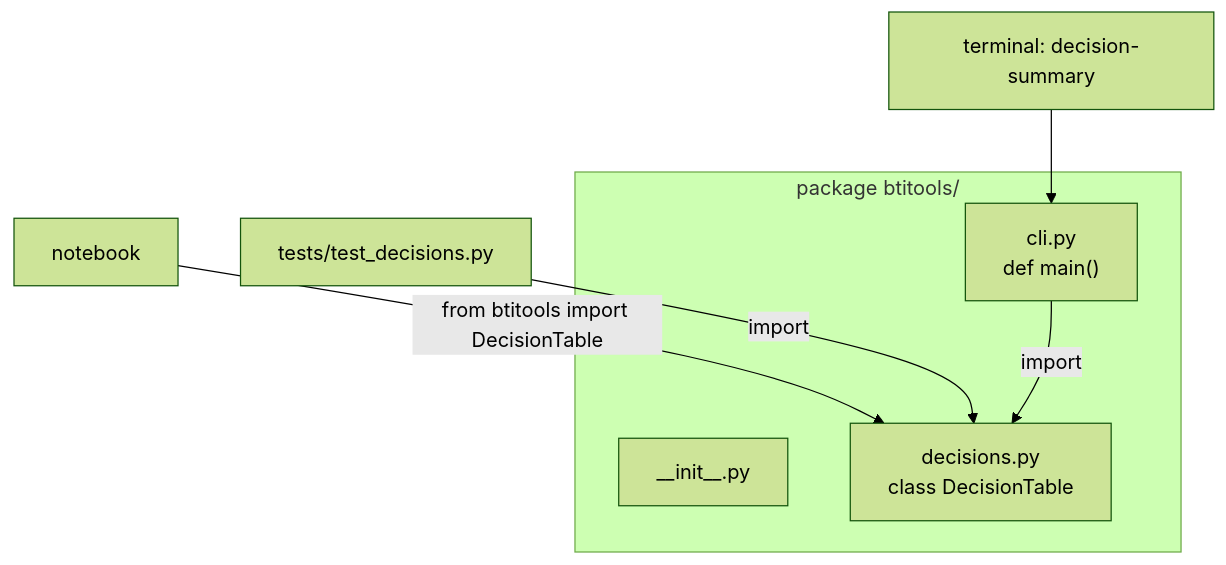
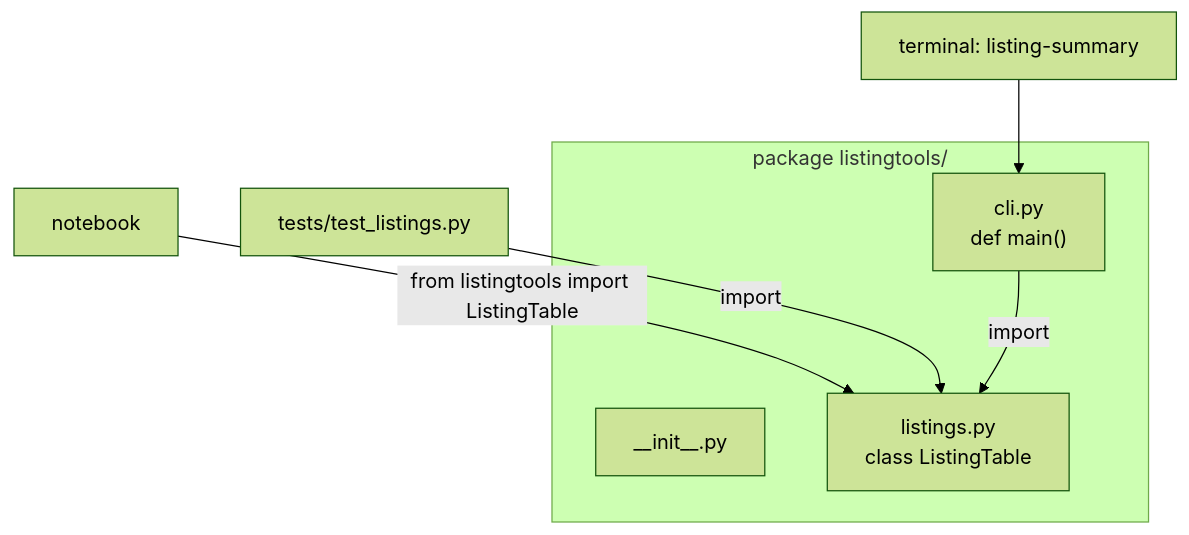
Before and after one commit to khoadaniel/statistical-programming-mpmd-htw-ws-2026: the second of 4 diagrams in sessions/01-careers-and-python/theory/03-notebook-to-application.md, drawn with Mermaid (forest theme). The commit also changed other lines of this file and 160 other files, not shown here.

````diff
--- a/sessions/01-careers-and-python/theory/03-notebook-to-application.md
+++ b/sessions/01-careers-and-python/theory/03-notebook-to-application.md
@@ -76,12 +76,12 @@
 ```mermaid
 flowchart TB
-  subgraph pkg["package btitools/"]
+  subgraph pkg["package listingtools/"]
     I["__init__.py"]
-    R["decisions.py<br/>class DecisionTable"]
+    R["listings.py<br/>class ListingTable"]
     C["cli.py<br/>def main()"]
   end
-  NB["notebook"] -- "from btitools import DecisionTable" --> R
-  TE["tests/test_decisions.py"] -- import --> R
-  SH["terminal: decision-summary"] --> C
+  NB["notebook"] -- "from listingtools import ListingTable" --> R
+  TE["tests/test_listings.py"] -- import --> R
+  SH["terminal: listing-summary"] --> C
   C -- import --> R
 ```
````
